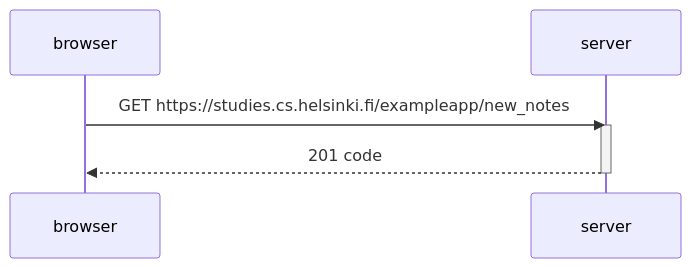
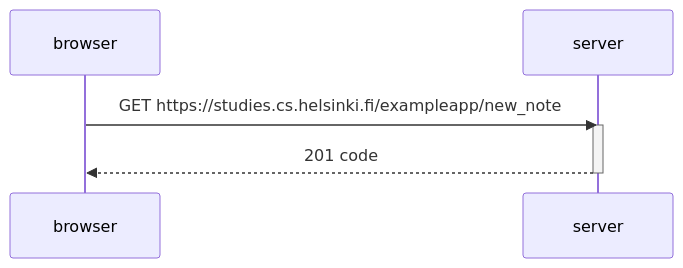
One commit to mardelvalle/full-stack-open changed the diagram in part0/06.md. Above: the diagram before and after it, drawn with Mermaid.

Commit message:
small text edit

````diff
--- a/part0/06.md
+++ b/part0/06.md
@@ -4,10 +4,10 @@
 ```mermaid
 sequenceDiagram
     participant browser
     participant server
 
-    browser->>server: GET https://studies.cs.helsinki.fi/exampleapp/new_notes
+    browser->>server: GET https://studies.cs.helsinki.fi/exampleapp/new_note
     activate server
     server-->>browser: 201 code
     deactivate server
 ```
````
